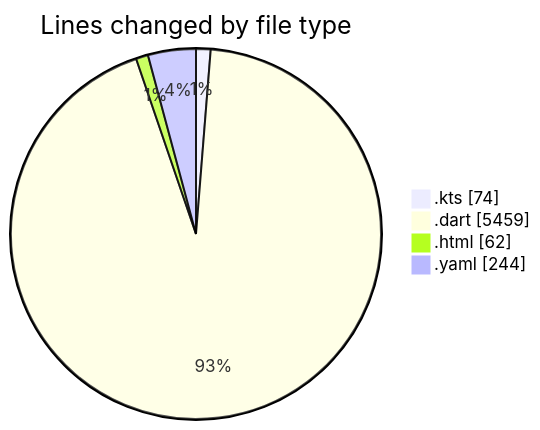
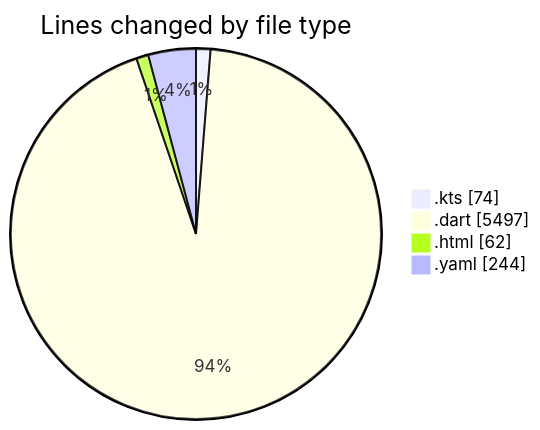
One commit to lephambinh05/code-tracking changed the first of 2 diagrams in 2025-08-03/studybuddy/README.md. Above: the diagram before and after it, drawn with Mermaid. The commit also changed other lines of this file and 1 other file, not shown here.

````diff
--- a/2025-08-03/studybuddy/README.md
+++ b/2025-08-03/studybuddy/README.md
@@ -51,8 +51,8 @@
 ```mermaid
 pie showData
 title Lines changed by file type
 ".kts" : 74
-".dart" : 5459
+".dart" : 5497
 ".html" : 62
 ".yaml" : 244
 ```
````
